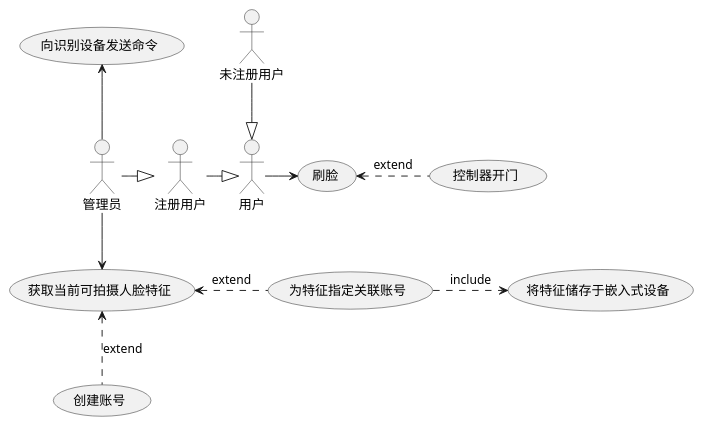
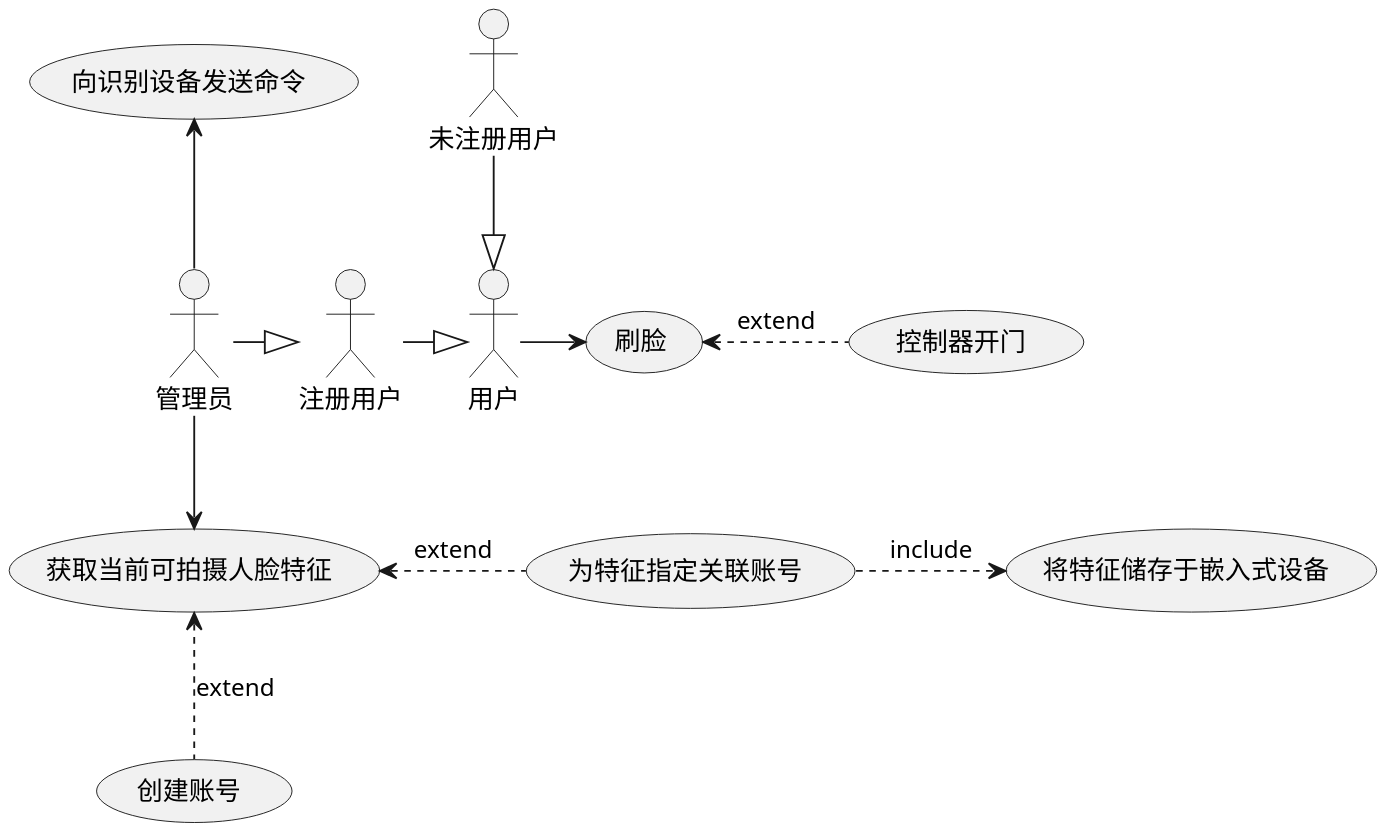
Before and after one commit to myuanz/EmbeddedDeviceFaceRecognition: the diagram in doc/用例图.iuml, drawn with PlantUML. The commit also changed 2 other files, not shown here.

Commit message:
生成用例图, 将图片加入readme

```diff
--- a/doc/用例图.iuml
+++ b/doc/用例图.iuml
@@ -1,25 +1,26 @@
 @startuml 刷脸门禁系统
+scale 2
 
 actor 用户 as user
 actor 未注册用户 as uruser
 actor 注册用户 as ruser
 
 actor 管理员 as adm
 
 adm -|> ruser
 ruser -|> user
 uruser -down-|> user
 
 
 (获取当前可拍摄人脸特征) as (get_feature)
 adm -down-> (get_feature)
 (get_feature) <.down. (创建账号) : extend
 adm -up-> (向识别设备发送命令)
 
 (为特征指定关联账号) as (vidkgrlm)
 (get_feature) <. (vidkgrlm) : extend
 (vidkgrlm) .> (将特征储存于嵌入式设备) : include
 user -> (刷脸)
 (刷脸) <. (控制器开门) : extend
 
 @enduml
```
